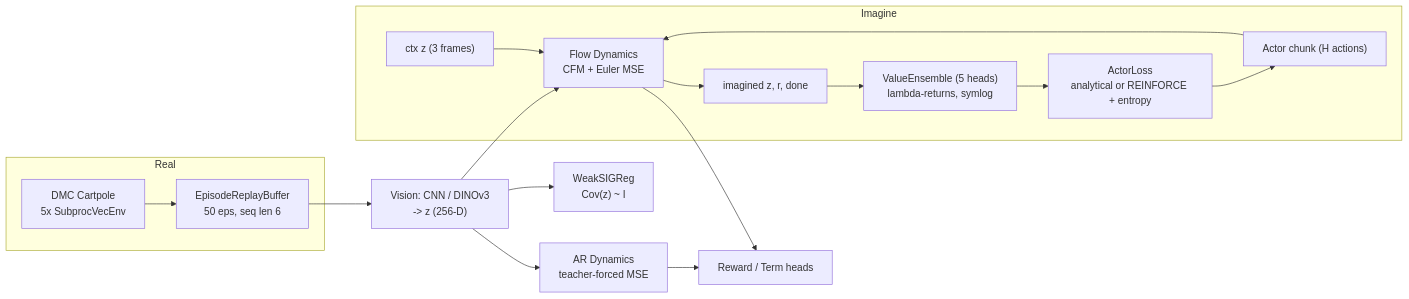
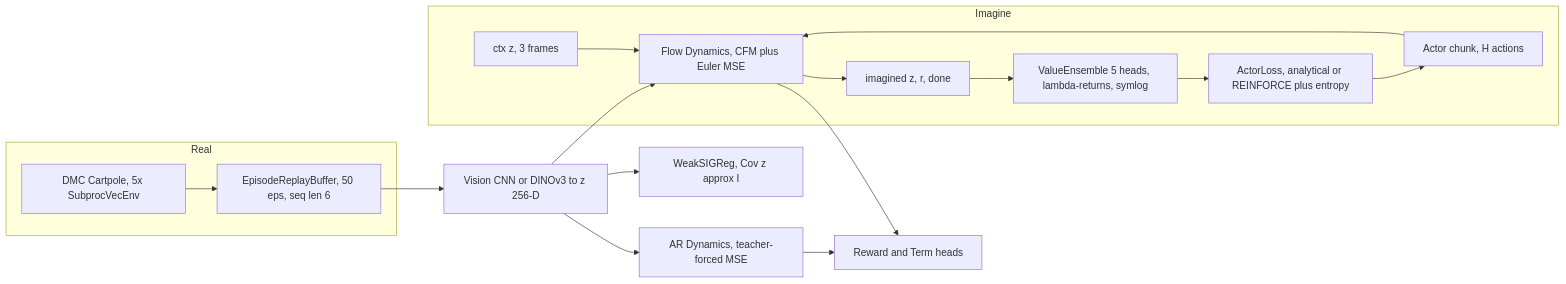
Before and after one commit to DivyamChandalia/differentiable-flow-world-models: the diagram in README.md, drawn with Mermaid.

Commit message:
fix mermaid: remove -> and special chars from node labels

````diff
--- a/README.md
+++ b/README.md
@@ -71,20 +71,20 @@
 ```mermaid
 flowchart LR
     subgraph Real
-        E["DMC Cartpole<br/>5x SubprocVecEnv"] --> B["EpisodeReplayBuffer<br/>50 eps, seq len 6"]
+        E["DMC Cartpole, 5x SubprocVecEnv"] --> B["EpisodeReplayBuffer, 50 eps, seq len 6"]
     end
-    B --> V["Vision: CNN / DINOv3<br/>-> z (256-D)"]
-    V --> AR["AR Dynamics<br/>teacher-forced MSE"]
-    V --> FM["Flow Dynamics<br/>CFM + Euler MSE"]
-    AR --> R["Reward / Term heads"]
+    B --> V["Vision CNN or DINOv3 to z 256-D"]
+    V --> AR["AR Dynamics, teacher-forced MSE"]
+    V --> FM["Flow Dynamics, CFM plus Euler MSE"]
+    AR --> R["Reward and Term heads"]
     FM --> R
-    V --> SIG["WeakSIGReg<br/>Cov(z) ~ I"]
+    V --> SIG["WeakSIGReg, Cov z approx I"]
     subgraph Imagine
-        C["ctx z (3 frames)"] --> FM
-        A["Actor chunk (H actions)"] --> FM
+        C["ctx z, 3 frames"] --> FM
+        A["Actor chunk, H actions"] --> FM
         FM --> RI["imagined z, r, done"]
-        RI --> VE["ValueEnsemble (5 heads)<br/>lambda-returns, symlog"]
-        VE --> AL["ActorLoss<br/>analytical or REINFORCE + entropy"]
+        RI --> VE["ValueEnsemble 5 heads, lambda-returns, symlog"]
+        VE --> AL["ActorLoss, analytical or REINFORCE plus entropy"]
         AL --> A
     end
 ```
````
